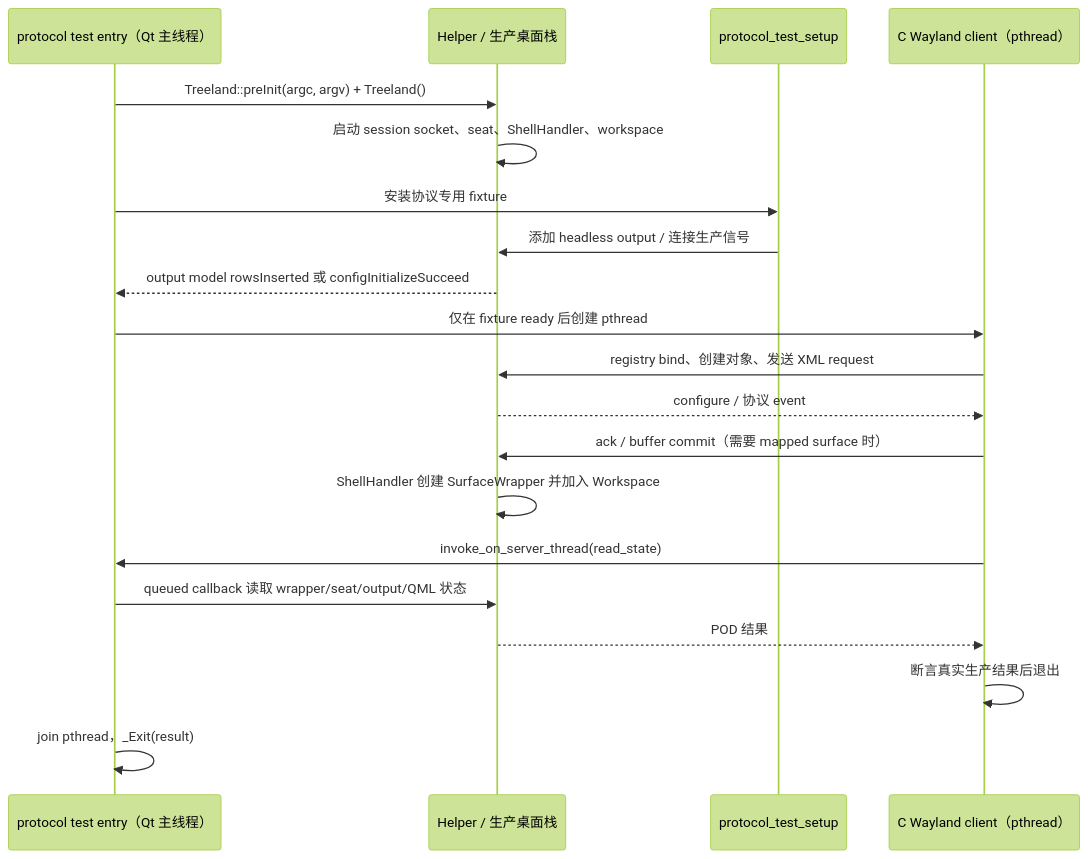
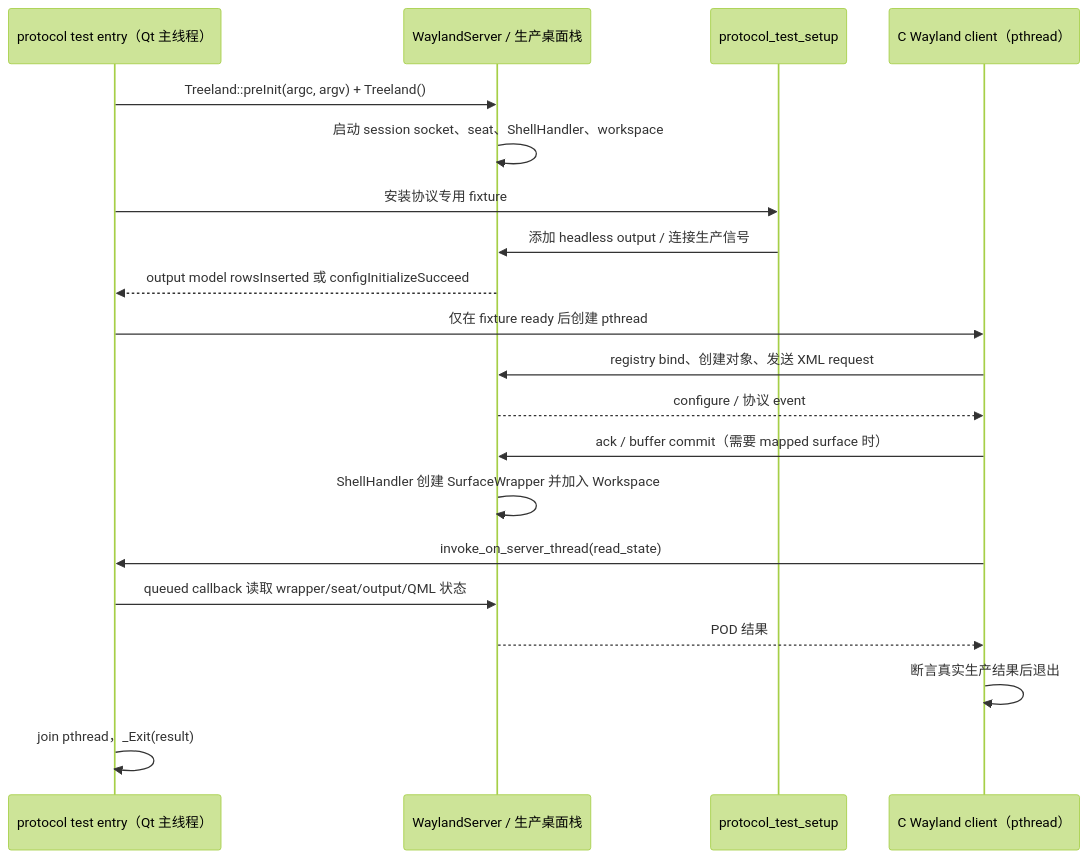
Before and after one commit to linuxdeepin/treeland: the second of 3 diagrams in tests/protocols/framework/README.md, drawn with Mermaid (forest theme). The commit also changed other lines of this file and 229 other files, not shown here.

````diff
--- a/tests/protocols/framework/README.md
+++ b/tests/protocols/framework/README.md
@@ -52,23 +52,23 @@
 ```mermaid
 sequenceDiagram
     participant M as protocol test entry（Qt 主线程）
-    participant H as Helper / 生产桌面栈
+    participant H as WaylandServer / 生产桌面栈
     participant F as protocol_test_setup
     participant C as C Wayland client（pthread）
 
     M->>H: Treeland::preInit(argc, argv) + Treeland()
     H->>H: 启动 session socket、seat、ShellHandler、workspace
     M->>F: 安装协议专用 fixture
     F->>H: 添加 headless output / 连接生产信号
     H-->>M: output model rowsInserted 或 configInitializeSucceed
     M->>C: 仅在 fixture ready 后创建 pthread
     C->>H: registry bind、创建对象、发送 XML request
     H-->>C: configure / 协议 event
     C->>H: ack / buffer commit（需要 mapped surface 时）
     H->>H: ShellHandler 创建 SurfaceWrapper 并加入 Workspace
     C->>M: invoke_on_server_thread(read_state)
     M->>H: queued callback 读取 wrapper/seat/output/QML 状态
     H-->>C: POD 结果
     C->>C: 断言真实生产结果后退出
     M->>M: join pthread，_Exit(result)
 ```
````
